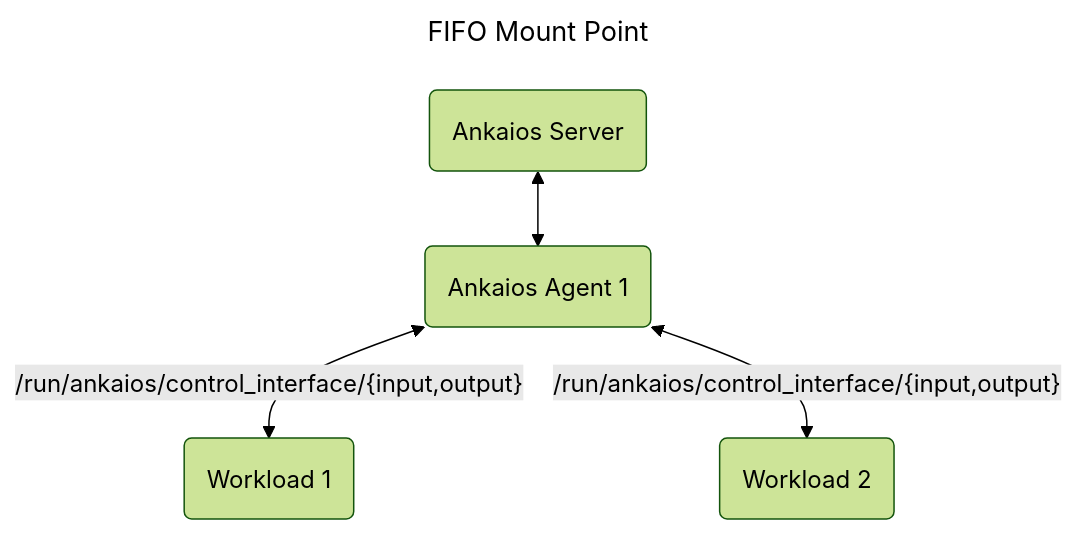
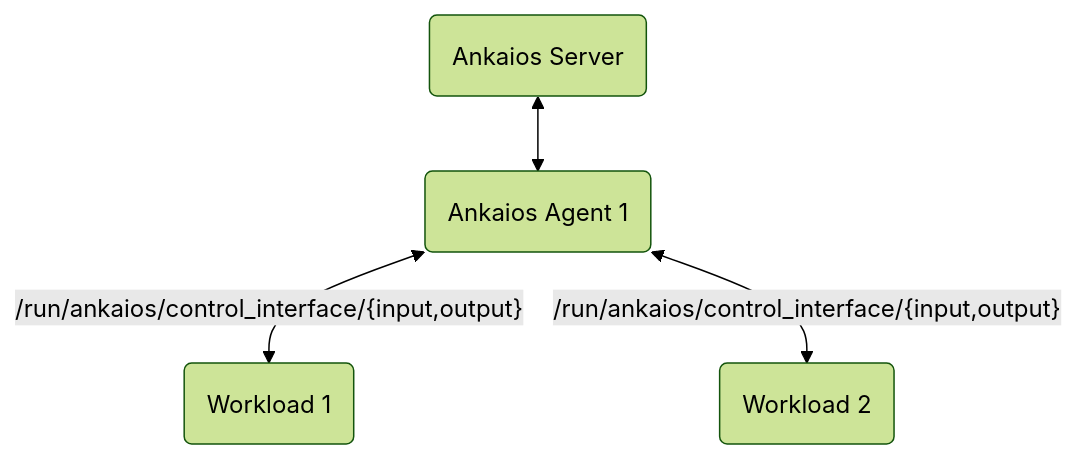
The second of 5 diagrams in doc/docs/reference/control-interface.md (eclipse-ankaios/ankaios), drawn with Mermaid (forest theme) before and after one commit. The commit also changed other lines of this file, not shown here.

First line of the commit message:
Fix mermaid titles in dark mode

````diff
--- a/doc/docs/reference/control-interface.md
+++ b/doc/docs/reference/control-interface.md
@@ -34,13 +31,10 @@
 ```mermaid
----
-title: FIFO Mount Point
----
 flowchart TD
     a1(Ankaios Agent 1)
     w1(Workload 1)
     w2(Workload 2)
     s(Ankaios Server)
 
 
     s <--> a1 <-->|"/run/ankaios/control_interface/{input,output}"| w1 & w2
 ```
````
